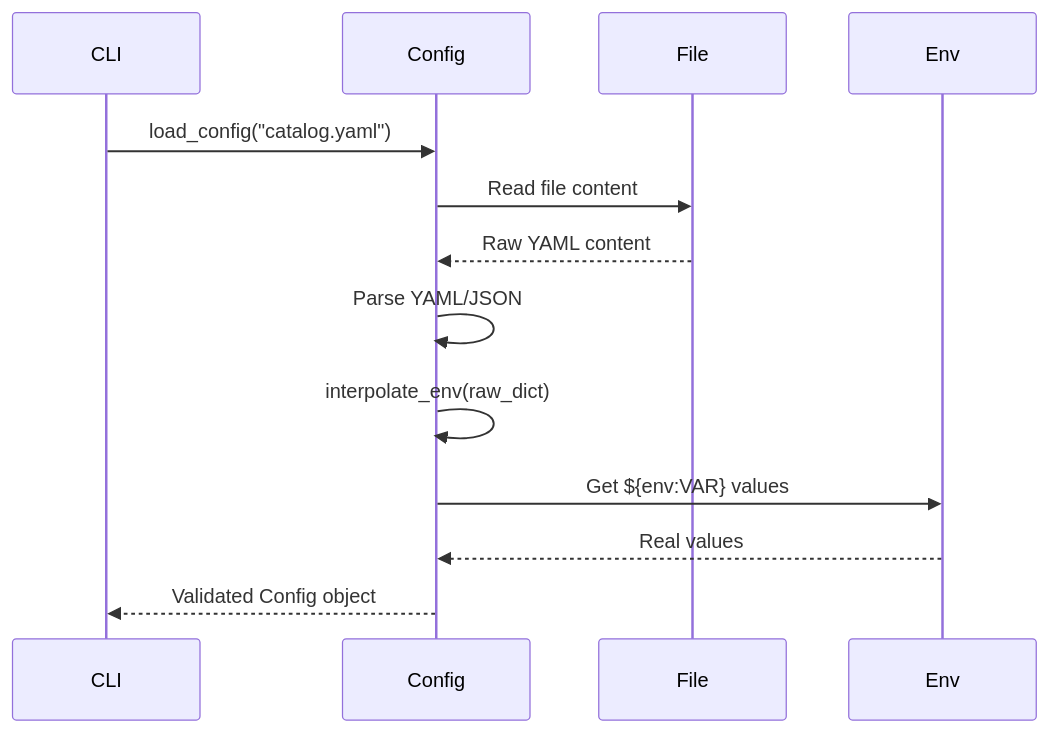
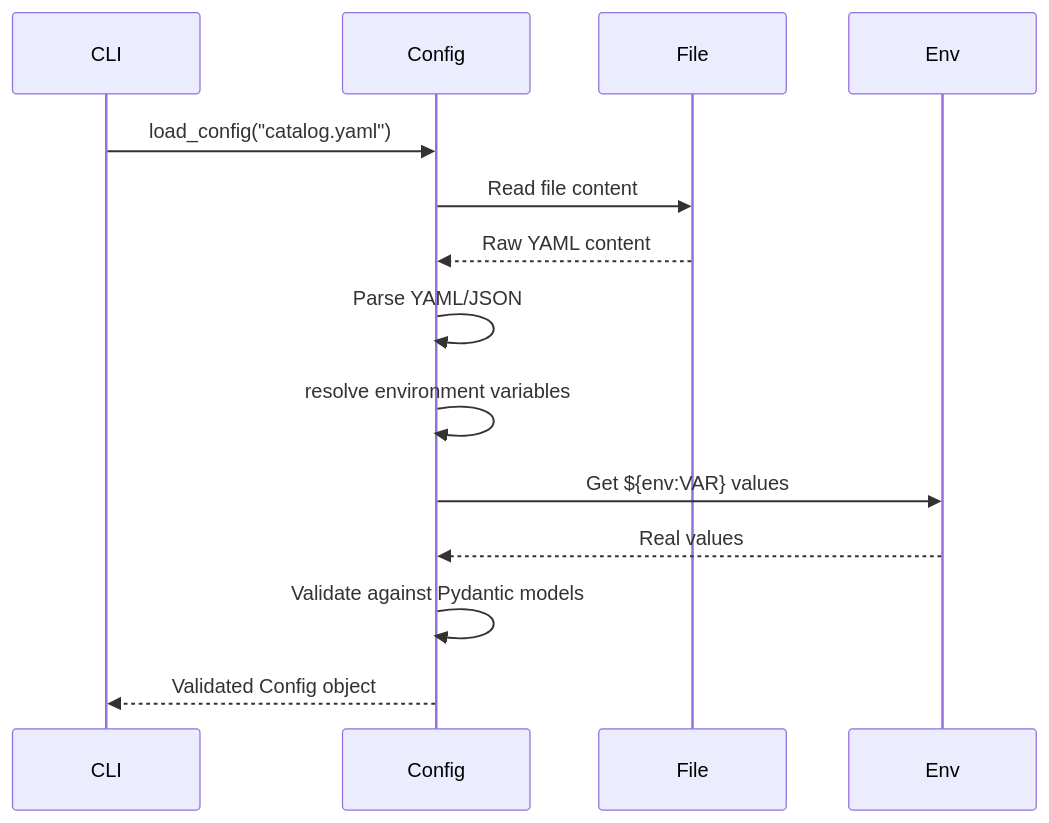
The sixth of 16 diagrams in docs/explanation/architecture.md (legout/duckalog), drawn with Mermaid before and after one commit. The commit also changed other lines of this file and 23 other files, not shown here.

First line of the commit message:
fix(engine): auto-create schemas for views with db_schema

````diff
--- a/docs/explanation/architecture.md
+++ b/docs/explanation/architecture.md
@@ -236,16 +240,17 @@
 ```mermaid
 sequenceDiagram
     participant CLI
     participant Config
     participant File
     participant Env
     
     CLI->>Config: load_config("catalog.yaml")
     Config->>File: Read file content
     File-->>Config: Raw YAML content
     Config->>Config: Parse YAML/JSON
-    Config->>Config: interpolate_env(raw_dict)
+    Config->>Config: resolve environment variables
     Config->>Env: Get ${env:VAR} values
     Env-->>Config: Real values
+    Config->>Config: Validate against Pydantic models
     Config-->>CLI: Validated Config object
 ```
````
